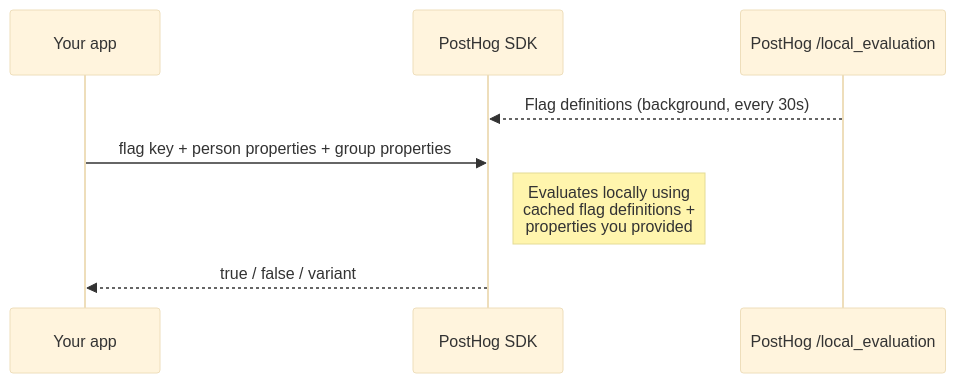
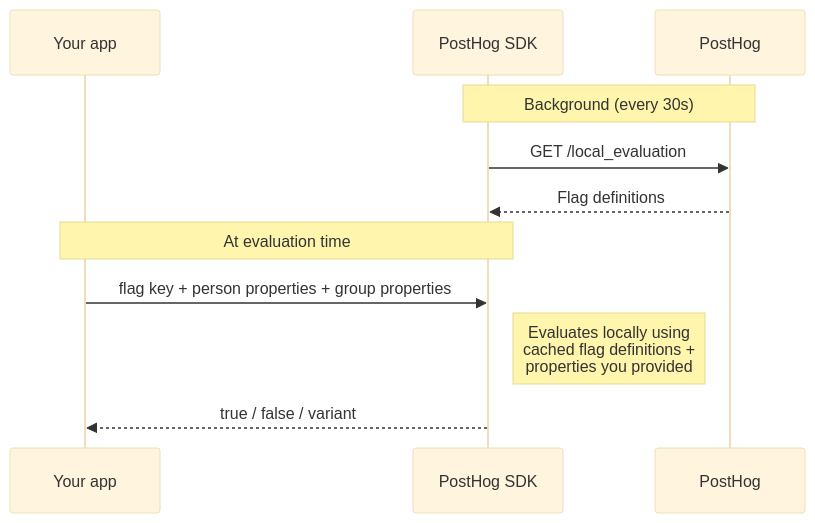
Before and after one commit to PostHog/posthog.com: the second of 2 diagrams in contents/docs/feature-flags/local-evaluation/index.mdx, drawn with Mermaid (base theme). The commit also changed other lines of this file, not shown here.

Commit message:
Add phase banners, label endpoints on arrows, simplify participant names

````diff
--- a/contents/docs/feature-flags/local-evaluation/index.mdx
+++ b/contents/docs/feature-flags/local-evaluation/index.mdx
@@ -41,10 +41,13 @@
 ```mermaid
 sequenceDiagram
     participant App as Your app
     participant SDK as PostHog SDK
-    participant PH as PostHog /local_evaluation
-    PH-->>SDK: Flag definitions (background, every 30s)
+    participant PH as PostHog
+    Note over SDK,PH: Background (every 30s)
+    SDK->>PH: GET /local_evaluation
+    PH-->>SDK: Flag definitions
+    Note over App,SDK: At evaluation time
     App->>SDK: flag key + person properties + group properties
     Note right of SDK: Evaluates locally using<br/>cached flag definitions +<br/>properties you provided
     SDK-->>App: true / false / variant
 ```
````
